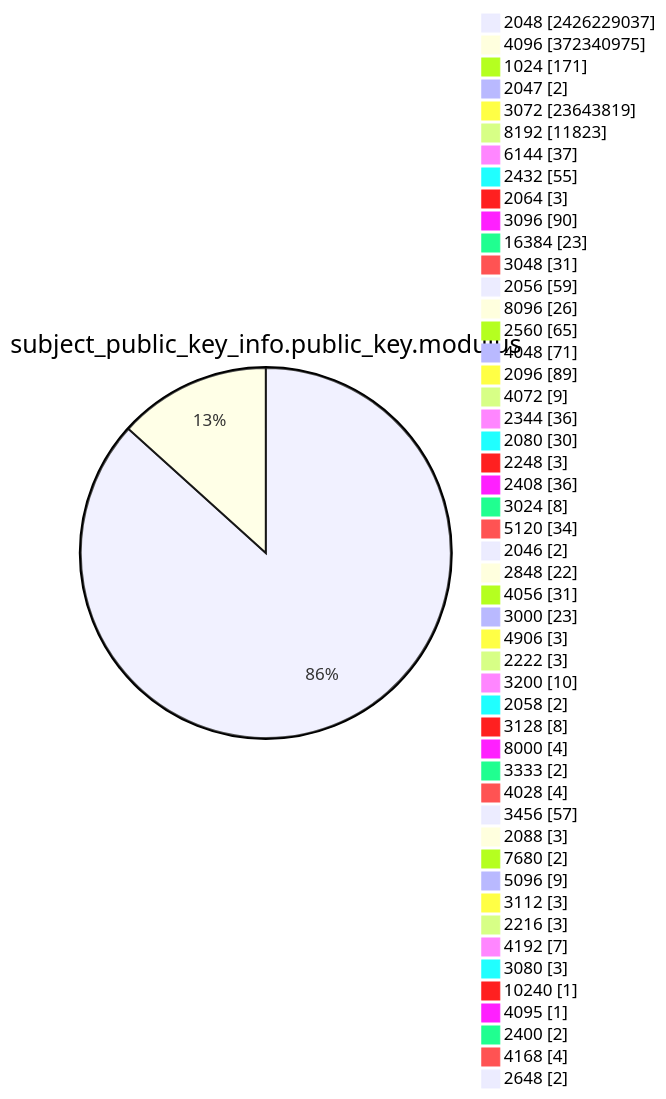
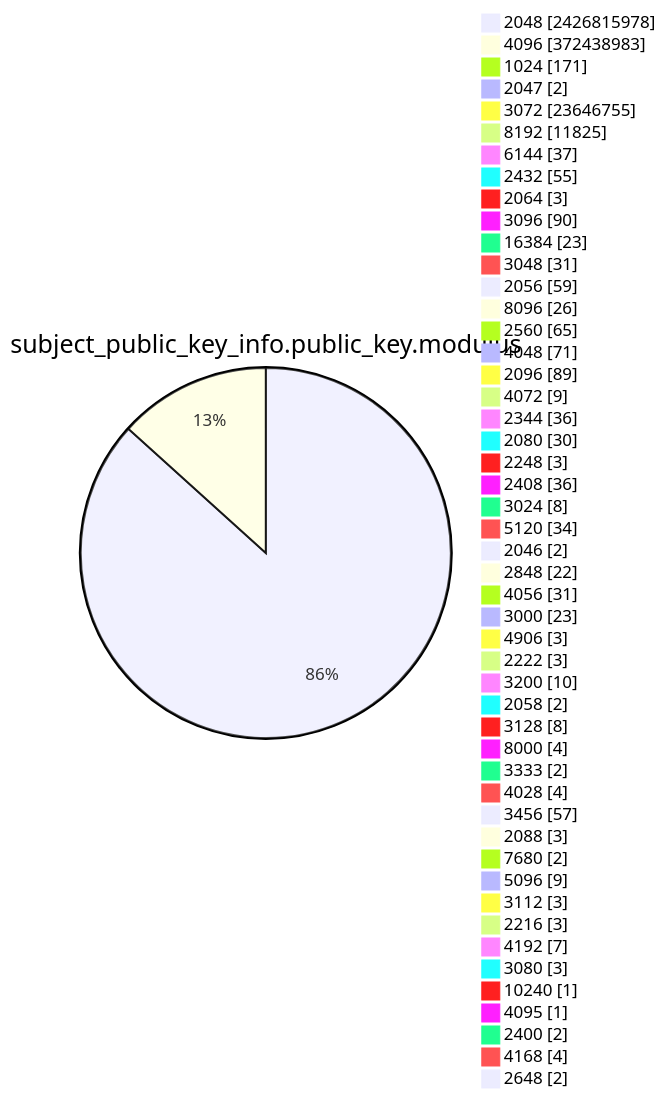
Diagram 13 of 15 in TOTAL/README.md (christiankrug/ctmonitor_visualization), drawn with Mermaid before and after one commit. The commit also changed other lines of this file, not shown here.

````diff
--- a/TOTAL/README.md
+++ b/TOTAL/README.md
@@ -4168,53 +4168,53 @@
 ```mermaid
 pie showData
 title subject_public_key_info.public_key.modulus
-"2048" :2426229037
-"4096" :372340975
+"2048" :2426815978
+"4096" :372438983
 "1024" :171
 "2047" :2
-"3072" :23643819
-"8192" :11823
+"3072" :23646755
+"8192" :11825
 "6144" :37
 "2432" :55
 "2064" :3
 "3096" :90
 "16384" :23
 "3048" :31
 "2056" :59
 "8096" :26
 "2560" :65
 "4048" :71
 "2096" :89
 "4072" :9
 "2344" :36
 "2080" :30
 "2248" :3
 "2408" :36
 "3024" :8
 "5120" :34
 "2046" :2
 "2848" :22
 "4056" :31
 "3000" :23
 "4906" :3
 "2222" :3
 "3200" :10
 "2058" :2
 "3128" :8
 "8000" :4
 "3333" :2
 "4028" :4
 "3456" :57
 "2088" :3
 "7680" :2
 "5096" :9
 "3112" :3
 "2216" :3
 "4192" :7
 "3080" :3
 "10240" :1
 "4095" :1
 "2400" :2
 "4168" :4
 "2648" :2
 ```
````
